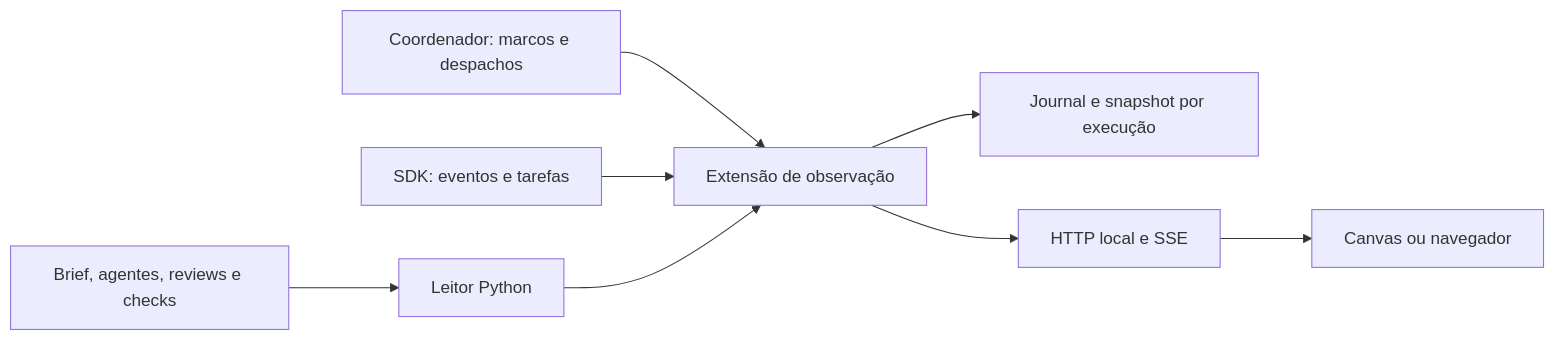
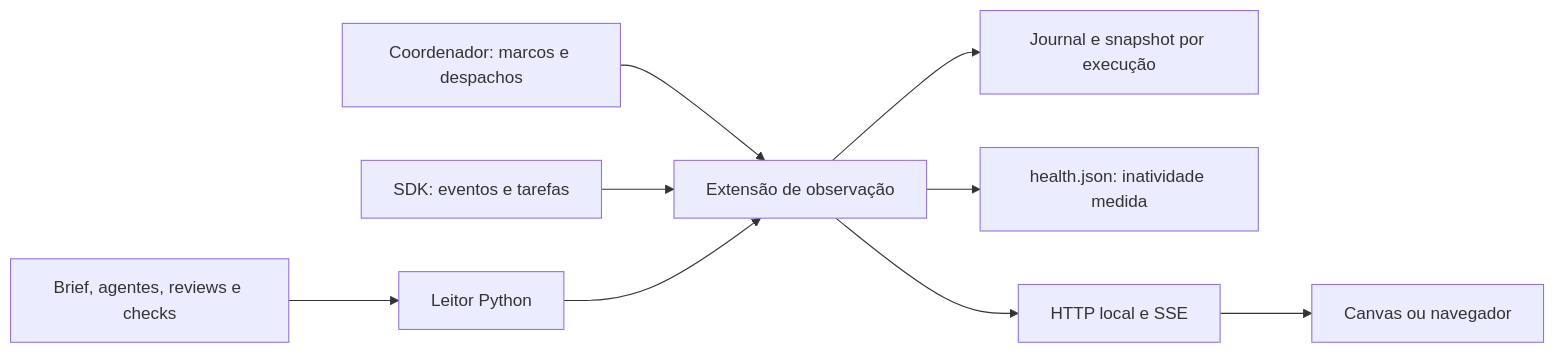
The first of 2 diagrams in docs/monitor.md (EdneiMonteiro/document-swarm), drawn with Mermaid before and after one commit. The commit also changed other lines of this file and 3 other files, not shown here.

````diff
--- a/docs/monitor.md
+++ b/docs/monitor.md
@@ -76,10 +76,11 @@
 ```mermaid
 flowchart LR
   C[Coordenador: marcos e despachos] --> E[Extensão de observação]
   R[SDK: eventos e tarefas] --> E
   A[Brief, agentes, reviews e checks] --> P[Leitor Python]
   P --> E
   E --> J[Journal e snapshot por execução]
+  E --> S[health.json: inatividade medida]
   E --> H[HTTP local e SSE]
   H --> V[Canvas ou navegador]
 ```
````
